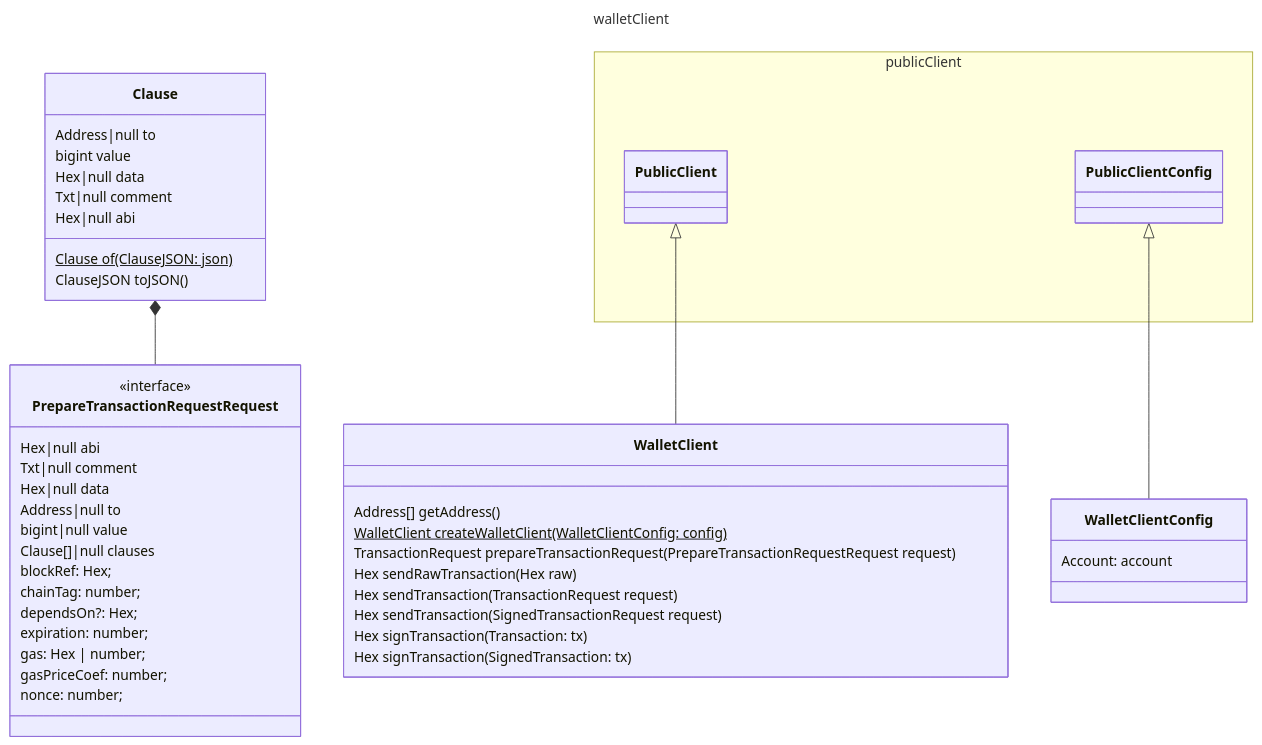
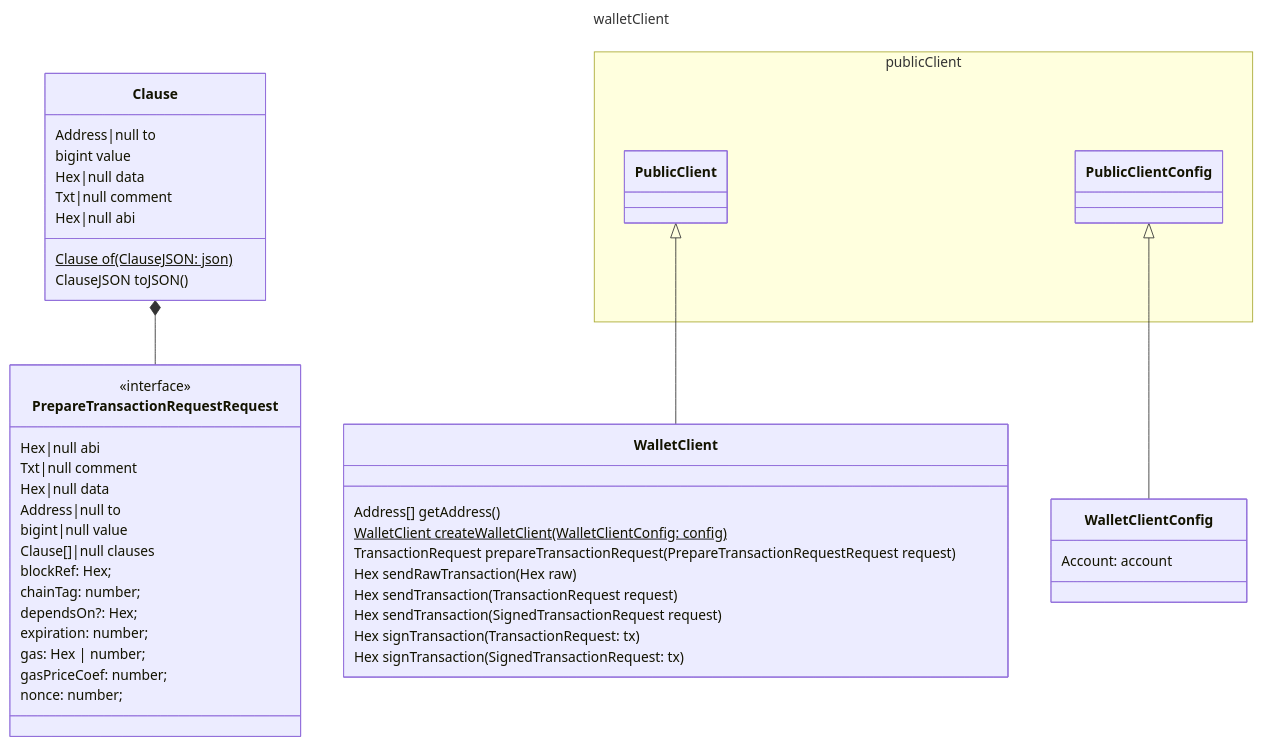
Before and after one commit to vechain/vechain-sdk-js: the diagram in docs/thorest/thor/model/walletClient.mmd, drawn with Mermaid. The commit also changed 6 other files, not shown here.

```diff
--- a/docs/thorest/thor/model/walletClient.mmd
+++ b/docs/thorest/thor/model/walletClient.mmd
@@ -1,54 +1,54 @@
 ---
 title: walletClient
 ---
 classDiagram
     class Clause {
         Address|null to
         bigint value
         Hex|null data
         Txt|null comment
         Hex|null abi
         Clause of(ClauseJSON: json)$
         ClauseJSON toJSON()
     }
     namespace publicClient {
         class PublicClient {
         }
         class PublicClientConfig {
         }
     }
     class PrepareTransactionRequestRequest {
         <<interface>>
     %% Clause as Viem is optional: this section section will be merged in TransactionRequest.clauses
         Hex|null abi
         Txt|null comment
         Hex|null data
         Address|null to
         bigint|null value
     %% Clause array is optional, it will be merged in TransactionRequest.clauses
         Clause[]|null clauses
     %% Viem transaction body
         blockRef: Hex;
         chainTag: number;
         dependsOn?: Hex;
         expiration: number;
         gas: Hex | number;
         gasPriceCoef: number;
         nonce: number;
     }
     class WalletClient {
         Address[] getAddress()
         WalletClient createWalletClient(WalletClientConfig: config)$
         TransactionRequest prepareTransactionRequest(PrepareTransactionRequestRequest request)
         Hex sendRawTransaction(Hex raw)
         Hex sendTransaction(TransactionRequest request)
         Hex sendTransaction(SignedTransactionRequest request)
-        Hex signTransaction(Transaction: tx)
-        Hex signTransaction(SignedTransaction: tx)
+        Hex signTransaction(TransactionRequest: tx)
+        Hex signTransaction(SignedTransactionRequest: tx)
     }
     class WalletClientConfig {
         Account: account
     }
     Clause *-- PrepareTransactionRequestRequest
     PublicClient <|-- WalletClient
     PublicClientConfig <|-- WalletClientConfig
```
